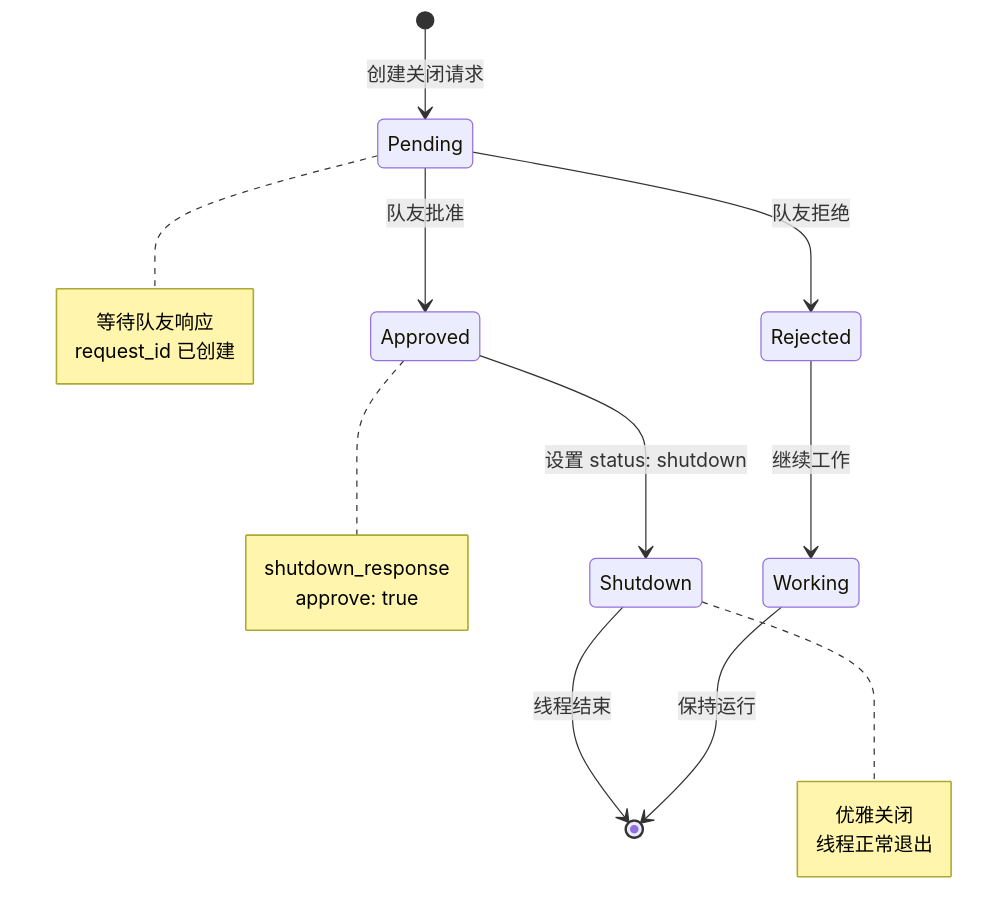
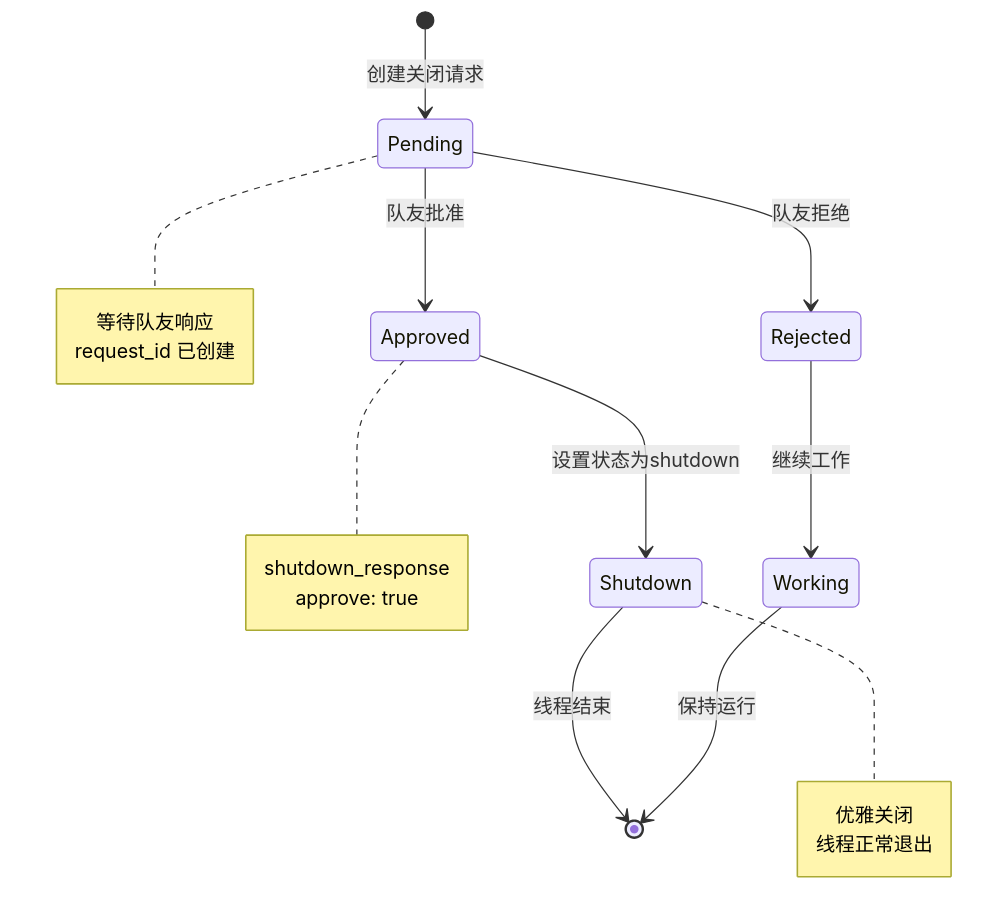
One commit to hata33/blog changed the fifth of 6 diagrams in docs/01-learn-claude-code/01-执行流程/s10_team_protocols.md. Above: the diagram before and after it, drawn with Mermaid. The commit also changed other lines of this file and 5 other files, not shown here.

````diff
--- a/docs/01-learn-claude-code/01-执行流程/s10_team_protocols.md
+++ b/docs/01-learn-claude-code/01-执行流程/s10_team_protocols.md
@@ -133,27 +282,27 @@
-```mermaid
+```mermaid 
 stateDiagram-v2
     [*] --> Pending: 创建关闭请求
     Pending --> Approved: 队友批准
     Pending --> Rejected: 队友拒绝
 
-    Approved --> Shutdown: 设置 status: shutdown
+    Approved --> Shutdown: 设置状态为shutdown
     Rejected --> Working: 继续工作
 
     Shutdown --> [*]: 线程结束
     Working --> [*]: 保持运行
 
     note right of Pending
         等待队友响应
         request_id 已创建
     end note
 
     note right of Approved
         shutdown_response
         approve: true
     end note
 
     note right of Shutdown
         优雅关闭
         线程正常退出
     end note
 ```
````
